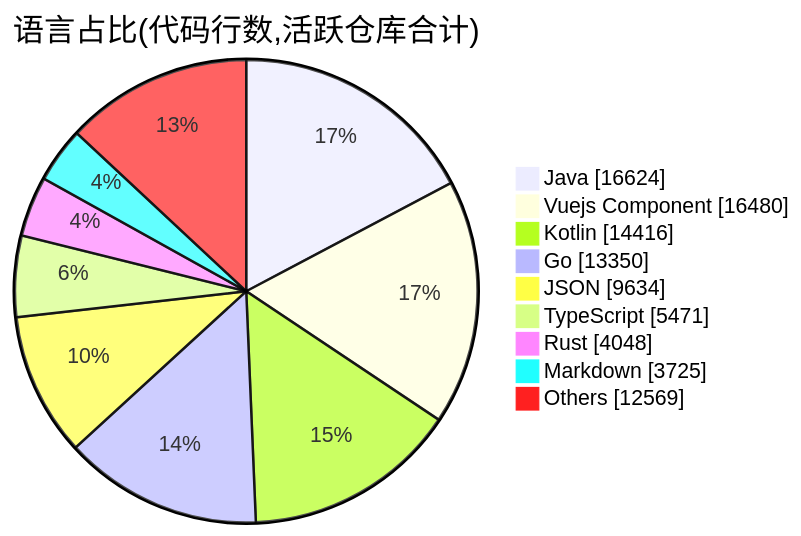
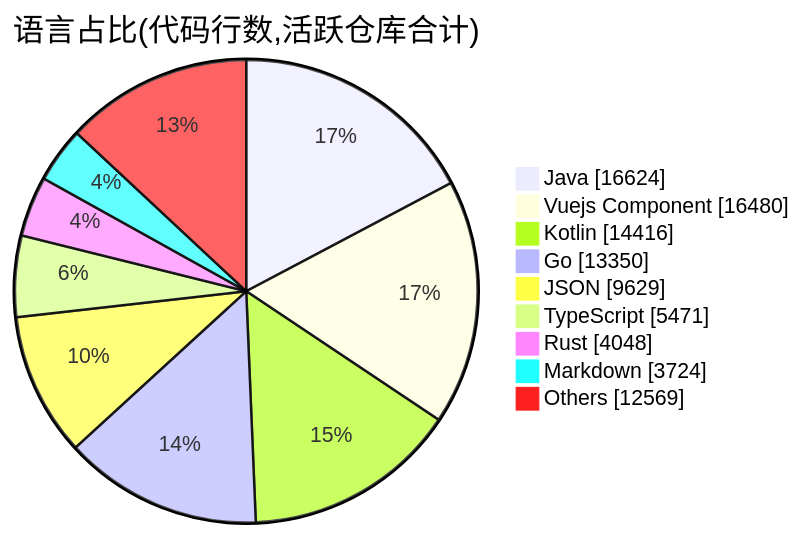
One commit to Conflux-Union/.github changed the second of 2 diagrams in profile/README.md. Above: the diagram before and after it, drawn with Mermaid. The commit also changed other lines of this file and 1 other file, not shown here.

````diff
--- a/profile/README.md
+++ b/profile/README.md
@@ -74,13 +74,13 @@
 ```mermaid
 pie showData
     title 语言占比(代码行数,活跃仓库合计)
     "Java" : 16624
     "Vuejs Component" : 16480
     "Kotlin" : 14416
     "Go" : 13350
-    "JSON" : 9634
+    "JSON" : 9629
     "TypeScript" : 5471
     "Rust" : 4048
-    "Markdown" : 3725
+    "Markdown" : 3724
     "Others" : 12569
 ```
````
